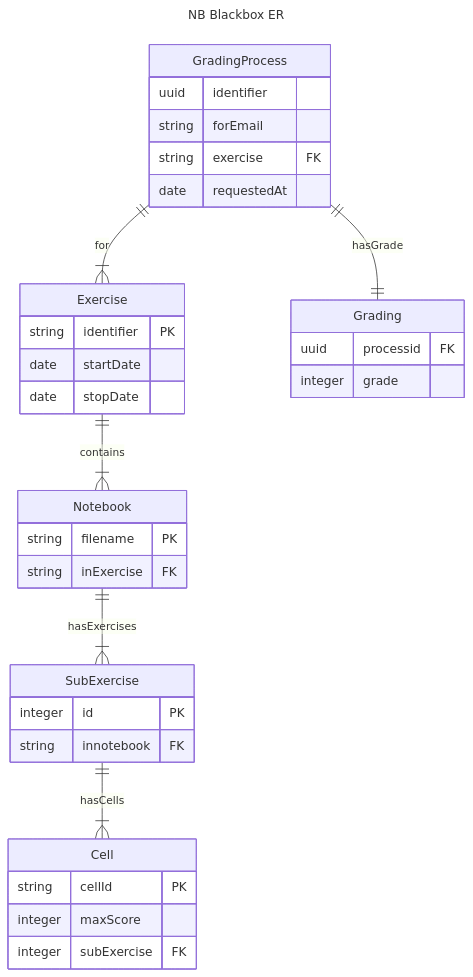
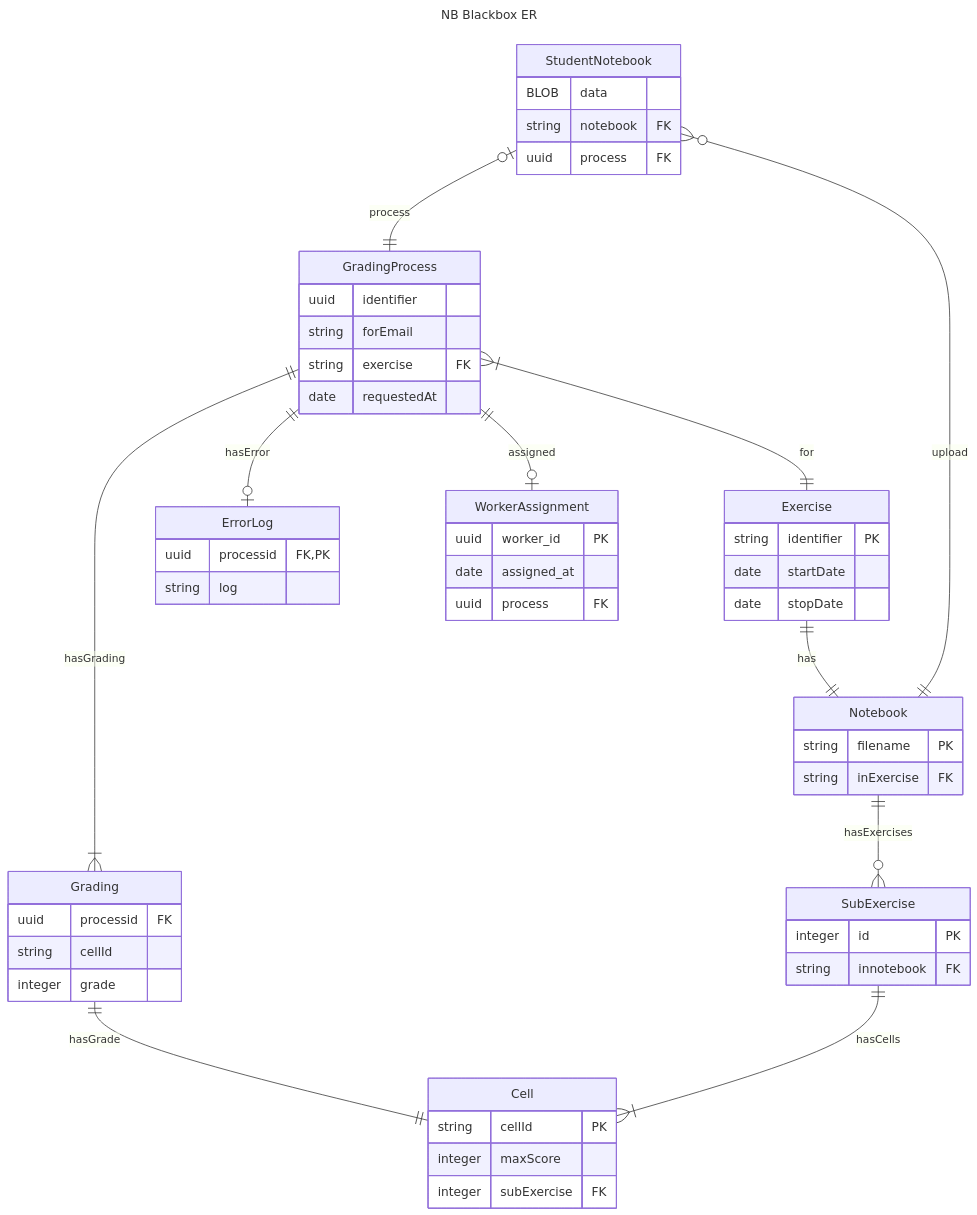
One commit to RWTH-DBIS/Ampelgrader changed the diagram in datamodel.md. Above: the diagram before and after it, drawn with Mermaid. The commit also changed 4 other files, not shown here.

````diff
--- a/datamodel.md
+++ b/datamodel.md
@@ -3,46 +3,71 @@
 ```mermaid
 ---
 title: NB Blackbox ER
 ---
 
 erDiagram
     Exercise {
         string identifier PK
         date startDate
         date stopDate
     }
     Notebook {
         string filename PK
         string inExercise FK
     }
     
     SubExercise {
         integer id PK
         string innotebook FK
     }
     
     Cell {
         string cellId PK
         integer maxScore
         integer subExercise FK
     }
     
     GradingProcess {
         uuid identifier
         string forEmail
         string exercise FK
         date requestedAt
     }
     
     Grading {
         uuid processid FK
+        string cellId
         integer grade
     }
     
-    Exercise ||--|{ Notebook: contains
-    GradingProcess ||--|{ Exercise: for
-    GradingProcess ||--|| Grading: hasGrade
+    ErrorLog {
+        uuid processid FK,PK
+        string log
+    }
     
-    Notebook ||--|{ SubExercise: hasExercises
+    WorkerAssignment {
+        uuid worker_id PK
+        date assigned_at
+        uuid process FK
+    }
+    
+    StudentNotebook {
+        BLOB data
+        string notebook FK
+        uuid process FK
+    }
+        
+    Exercise ||--|| Notebook: has
+    GradingProcess }|--|| Exercise: for
+    GradingProcess ||--|{ Grading: hasGrading
+    GradingProcess ||--o| ErrorLog: hasError
+    
+    Grading ||--|| Cell: hasGrade
+
+    Notebook ||--o{ SubExercise: hasExercises
     SubExercise ||--|{ Cell: hasCells
+
+    GradingProcess ||--o| WorkerAssignment: assigned
+    StudentNotebook }o--|| Notebook: upload
+    StudentNotebook |o--|| GradingProcess: process
 ```
````
